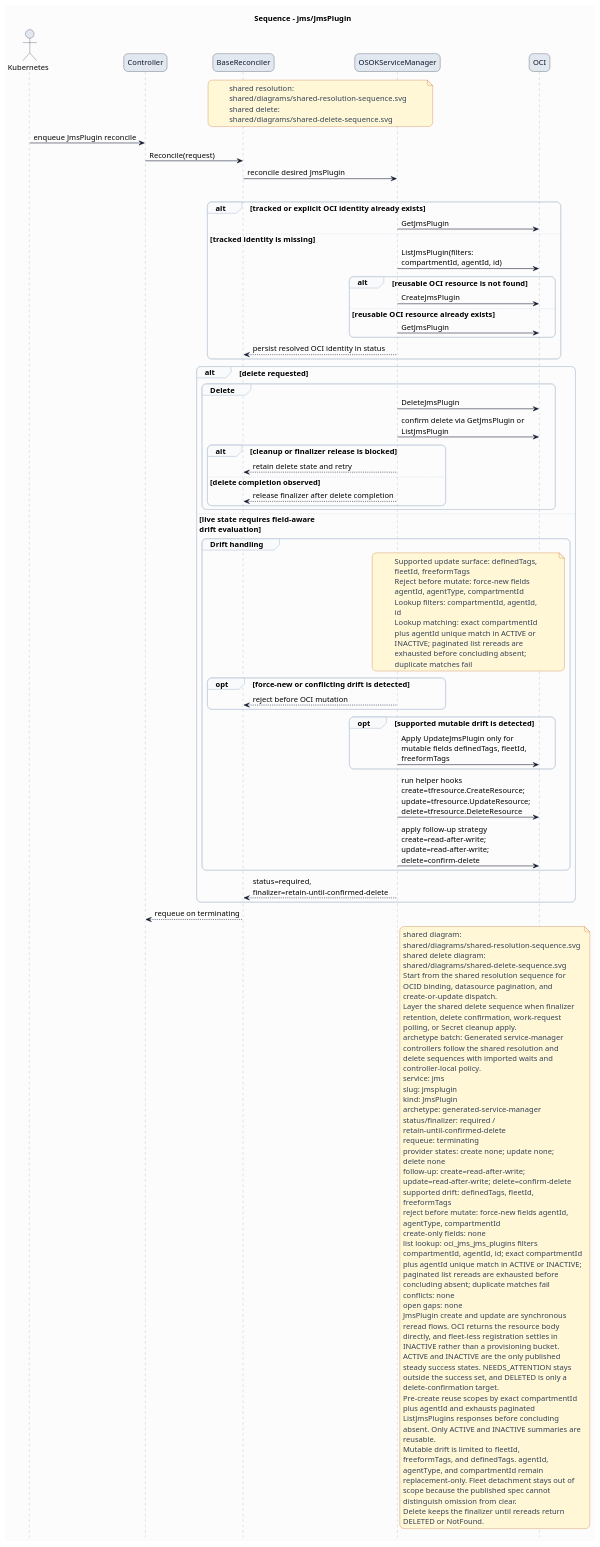
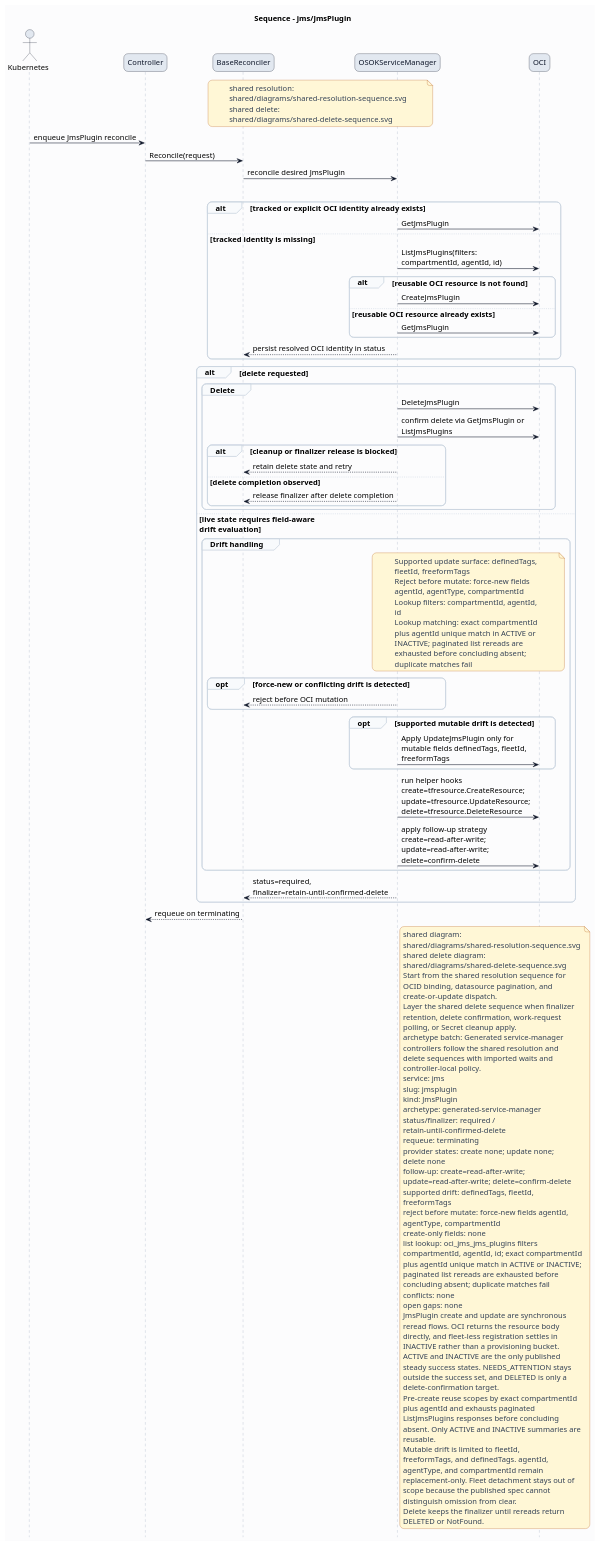
The diagram in formal/controllers/jms/jmsplugin/diagrams/sequence.puml (HaoyL666/oci-service-operator), drawn with PlantUML before and after one commit. The commit also changed 7 other files, not shown here.

```diff
--- a/formal/controllers/jms/jmsplugin/diagrams/sequence.puml
+++ b/formal/controllers/jms/jmsplugin/diagrams/sequence.puml
@@ -1,146 +1,146 @@
 @startuml
 skinparam shadowing false
 skinparam backgroundColor #fcfcfd
 skinparam defaultFontName Helvetica
 skinparam defaultFontSize 14
 skinparam arrowColor #0f172a
 skinparam noteBackgroundColor #fff7d6
 skinparam noteBorderColor #b45309
 skinparam noteFontColor #334155
 skinparam roundcorner 16
 title Sequence - jms/JmsPlugin
 hide footbox
 skinparam sequence {
   actorBorderColor #0f172a
   actorBackgroundColor #e2e8f0
   participantBorderColor #0f172a
   participantBackgroundColor #e2e8f0
   participantFontColor #0f172a
   lifeLineBorderColor #94a3b8
   groupBorderColor #cbd5e1
   groupBackgroundColor #f8fafc
 }
 actor Kubernetes
 participant Controller
 participant BaseReconciler
 participant "OSOKServiceManager" as ServiceManager
 participant OCI
 note over BaseReconciler,ServiceManager
 shared resolution:
 shared/diagrams/shared-resolution-sequence.svg
 shared delete:
 shared/diagrams/shared-delete-sequence.svg
 end note
 Kubernetes -> Controller: enqueue JmsPlugin reconcile
 Controller -> BaseReconciler: Reconcile(request)
 BaseReconciler -> ServiceManager: reconcile desired JmsPlugin
 group Lookup and bind
 alt tracked or explicit OCI identity already exists
 ServiceManager -> OCI: GetJmsPlugin
 else tracked identity is missing
-ServiceManager -> OCI: ListJmsPlugin(filters:\ncompartmentId, agentId, id)
+ServiceManager -> OCI: ListJmsPlugins(filters:\ncompartmentId, agentId, id)
 alt reusable OCI resource is not found
 ServiceManager -> OCI: CreateJmsPlugin
 else reusable OCI resource already exists
 ServiceManager -> OCI: GetJmsPlugin
 end
 ServiceManager --> BaseReconciler: persist resolved OCI identity in status
 end
 alt delete requested
 group Delete
 ServiceManager -> OCI: DeleteJmsPlugin
-ServiceManager -> OCI: confirm delete via GetJmsPlugin or\nListJmsPlugin
+ServiceManager -> OCI: confirm delete via GetJmsPlugin or\nListJmsPlugins
 alt cleanup or finalizer release is blocked
 ServiceManager --> BaseReconciler: retain delete state and retry
 else delete completion observed
 ServiceManager --> BaseReconciler: release finalizer after delete completion
 end
 end
 else live state requires field-aware\ndrift evaluation
 group Drift handling
 note over ServiceManager,OCI
 Supported update surface: definedTags,
 fleetId, freeformTags
 Reject before mutate: force-new fields
 agentId, agentType, compartmentId
 Lookup filters: compartmentId, agentId,
 id
 Lookup matching: exact compartmentId
 plus agentId unique match in ACTIVE or
 INACTIVE; paginated list rereads are
 exhausted before concluding absent;
 duplicate matches fail
 end note
 opt force-new or conflicting drift is detected
 ServiceManager --> BaseReconciler: reject before OCI mutation
 end
 opt supported mutable drift is detected
 ServiceManager -> OCI: Apply UpdateJmsPlugin only for\nmutable fields definedTags, fleetId,\nfreeformTags
 end
 ServiceManager -> OCI: run helper hooks\ncreate=tfresource.CreateResource;\nupdate=tfresource.UpdateResource;\ndelete=tfresource.DeleteResource
 ServiceManager -> OCI: apply follow-up strategy\ncreate=read-after-write;\nupdate=read-after-write;\ndelete=confirm-delete
 end
 ServiceManager --> BaseReconciler: status=required,\nfinalizer=retain-until-confirmed-delete
 end
 BaseReconciler --> Controller: requeue on terminating
 note right of ServiceManager
 shared diagram:
 shared/diagrams/shared-resolution-sequence.svg
 shared delete diagram:
 shared/diagrams/shared-delete-sequence.svg
 Start from the shared resolution sequence for
 OCID binding, datasource pagination, and
 create-or-update dispatch.
 Layer the shared delete sequence when finalizer
 retention, delete confirmation, work-request
 polling, or Secret cleanup apply.
 archetype batch: Generated service-manager
 controllers follow the shared resolution and
 delete sequences with imported waits and
 controller-local policy.
 service: jms
 slug: jmsplugin
 kind: JmsPlugin
 archetype: generated-service-manager
 status/finalizer: required /
 retain-until-confirmed-delete
 requeue: terminating
 provider states: create none; update none;
 delete none
 follow-up: create=read-after-write;
 update=read-after-write; delete=confirm-delete
 supported drift: definedTags, fleetId,
 freeformTags
 reject before mutate: force-new fields agentId,
 agentType, compartmentId
 create-only fields: none
 list lookup: oci_jms_jms_plugins filters
 compartmentId, agentId, id; exact compartmentId
 plus agentId unique match in ACTIVE or INACTIVE;
 paginated list rereads are exhausted before
 concluding absent; duplicate matches fail
 conflicts: none
 open gaps: none
 JmsPlugin create and update are synchronous
 reread flows. OCI returns the resource body
 directly, and fleet-less registration settles in
 INACTIVE rather than a provisioning bucket.
 ACTIVE and INACTIVE are the only published
 steady success states. NEEDS_ATTENTION stays
 outside the success set, and DELETED is only a
 delete-confirmation target.
 Pre-create reuse scopes by exact compartmentId
 plus agentId and exhausts paginated
 ListJmsPlugins responses before concluding
 absent. Only ACTIVE and INACTIVE summaries are
 reusable.
 Mutable drift is limited to fleetId,
 freeformTags, and definedTags. agentId,
 agentType, and compartmentId remain
 replacement-only. Fleet detachment stays out of
 scope because the published spec cannot
 distinguish omission from clear.
 Delete keeps the finalizer until rereads return
 DELETED or NotFound.
 end note
 @enduml
```
